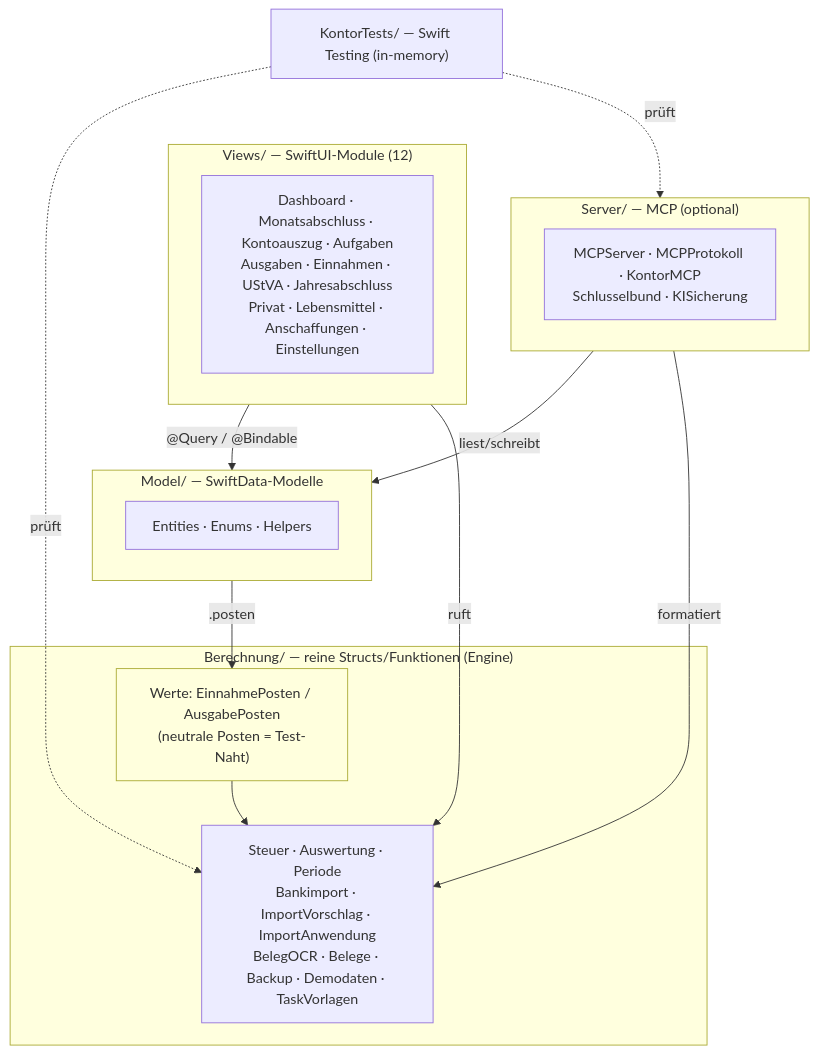
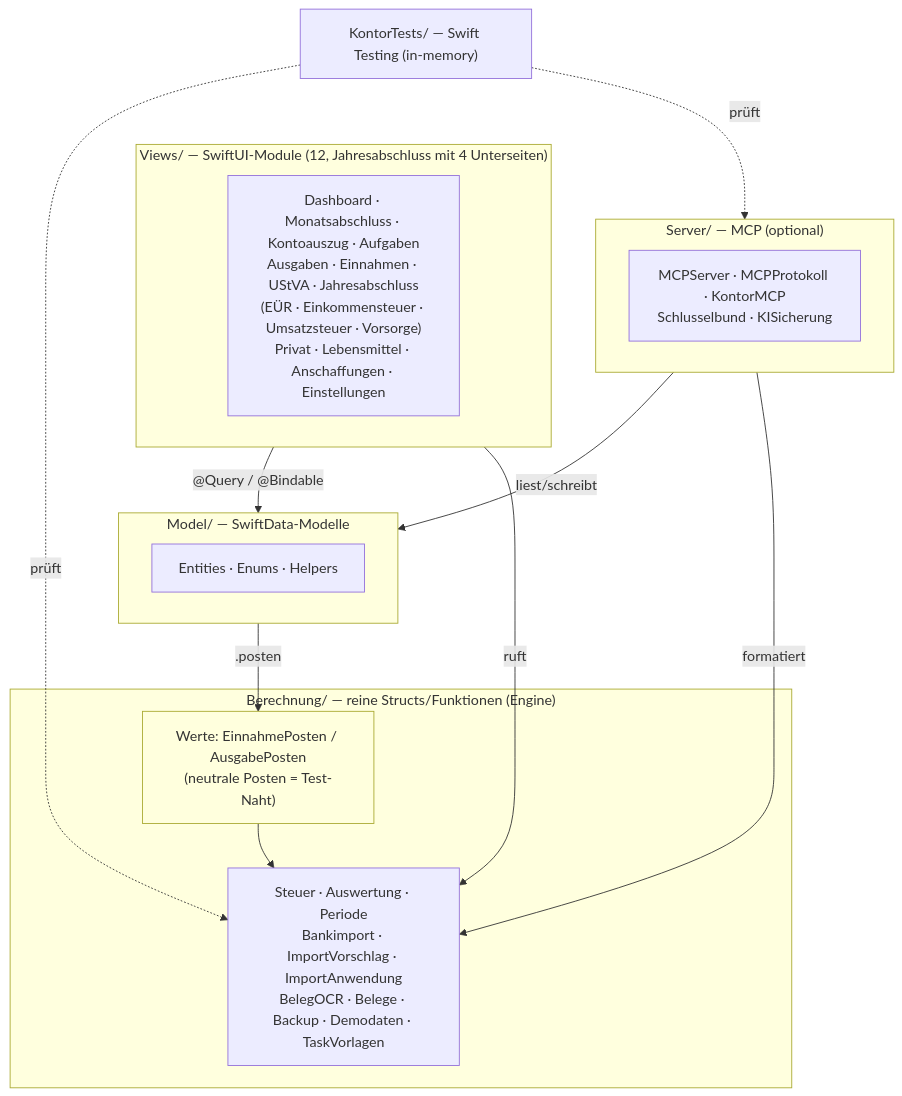
Before and after one commit to Wiredframe/kontor-buchhaltung: the second of 5 diagrams in ARCHITEKTUR.md, drawn with Mermaid. The commit also changed other lines of this file and 1 other file, not shown here.

First line of the commit message:
docs: Jahresabschluss-Aufteilung, ESt laut Bescheid, MCP typ jahr

````diff
--- a/ARCHITEKTUR.md
+++ b/ARCHITEKTUR.md
@@ -55,33 +55,33 @@
 ```mermaid
 flowchart TD
-    subgraph views["Views/ — SwiftUI-Module (12)"]
-        v["Dashboard · Monatsabschluss · Kontoauszug · Aufgaben<br/>Ausgaben · Einnahmen · UStVA · Jahresabschluss<br/>Privat · Lebensmittel · Anschaffungen · Einstellungen"]
+    subgraph views["Views/ — SwiftUI-Module (12, Jahresabschluss mit 4 Unterseiten)"]
+        v["Dashboard · Monatsabschluss · Kontoauszug · Aufgaben<br/>Ausgaben · Einnahmen · UStVA · Jahresabschluss<br/>(EÜR · Einkommensteuer · Umsatzsteuer · Vorsorge)<br/>Privat · Lebensmittel · Anschaffungen · Einstellungen"]
     end
 
     subgraph model["Model/ — SwiftData-Modelle"]
         m["Entities · Enums · Helpers"]
     end
 
     subgraph calc["Berechnung/ — reine Structs/Funktionen (Engine)"]
         seam["Werte: EinnahmePosten / AusgabePosten<br/>(neutrale Posten = Test-Naht)"]
         engine["Steuer · Auswertung · Periode<br/>Bankimport · ImportVorschlag · ImportAnwendung<br/>BelegOCR · Belege · Backup · Demodaten · TaskVorlagen"]
     end
 
     subgraph server["Server/ — MCP (optional)"]
         s["MCPServer · MCPProtokoll · KontorMCP<br/>Schlusselbund · KISicherung"]
     end
 
     tests["KontorTests/ — Swift Testing (in-memory)"]
 
     views -->|"@Query / @Bindable"| model
     views -->|ruft| engine
     model -->|".posten"| seam
     seam --> engine
     server -->|liest/schreibt| model
     server -->|formatiert| engine
     tests -.prüft.-> engine
     tests -.prüft.-> server
 
     classDef seamNode fill:#ffd,stroke:#aa3;
     class seam seamNode;
 ```
````
